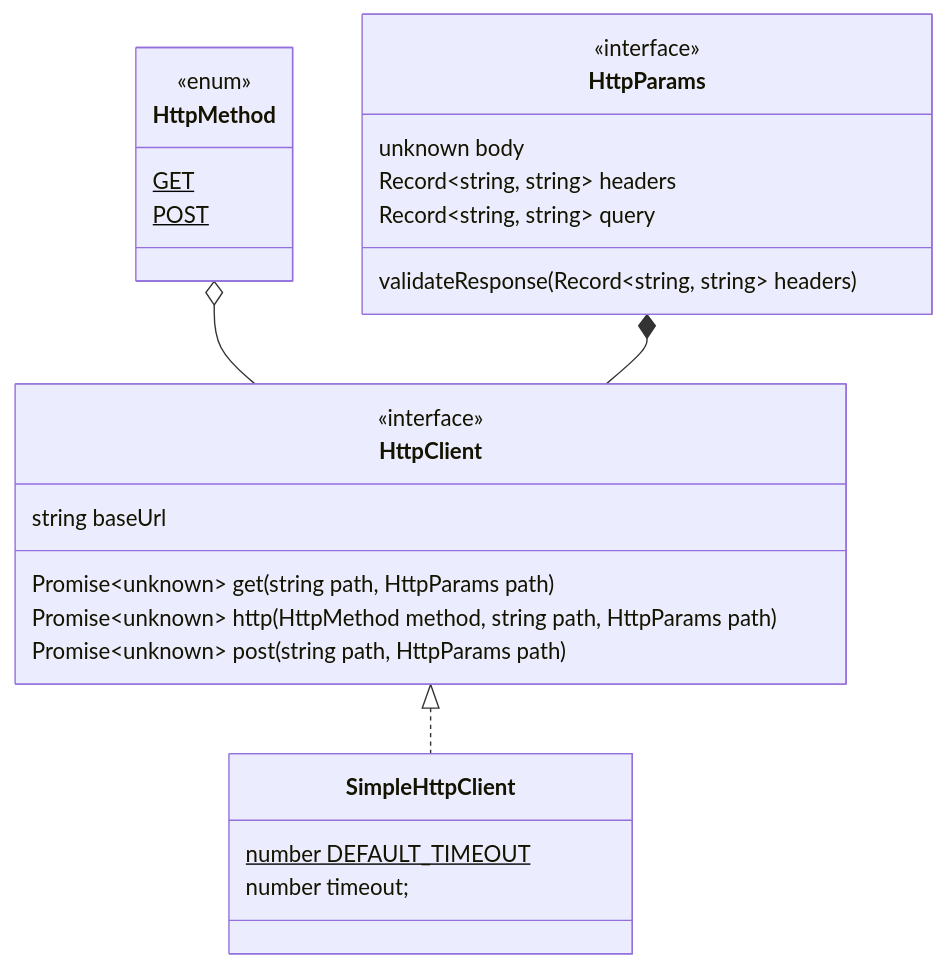
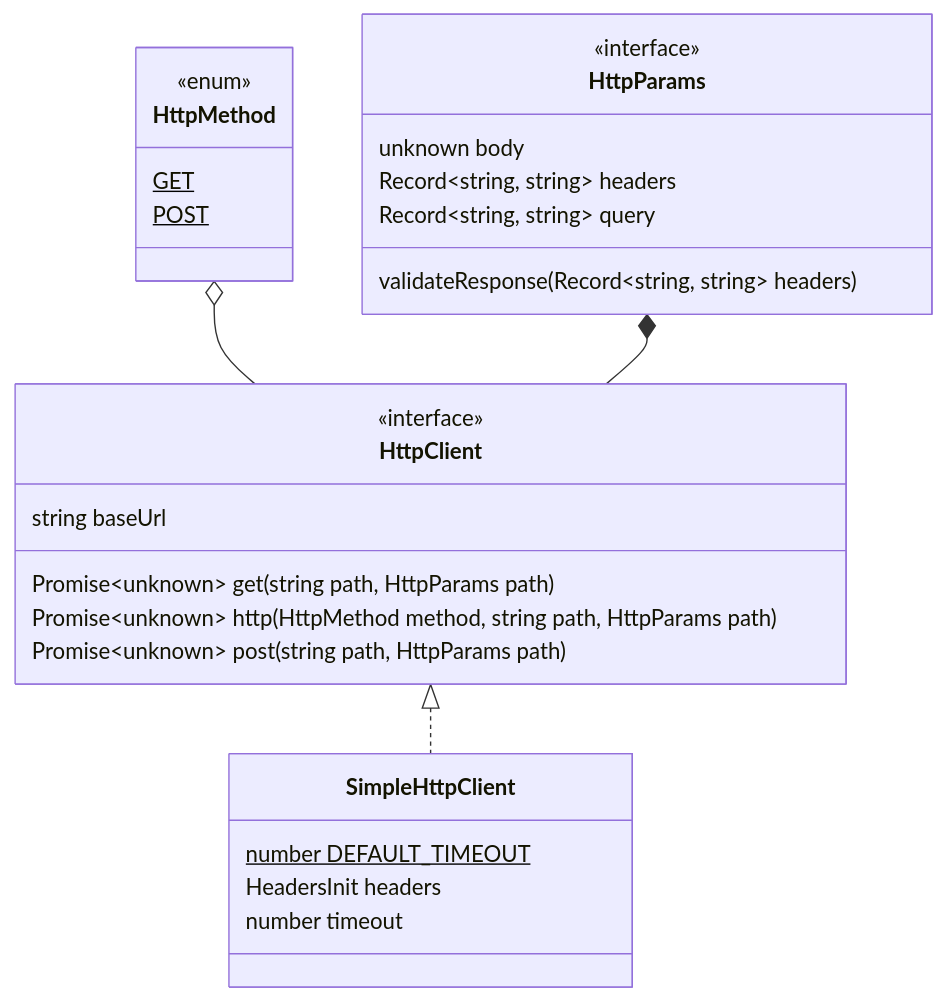
Before and after one commit to vechain/vechain-sdk-js: the diagram in docs/diagrams/architecture/http.md, drawn with Mermaid. The commit also changed 1 other file, not shown here.

Commit message:
fix: 1450 cyclic dependencies in thor-client.md

````diff
--- a/docs/diagrams/architecture/http.md
+++ b/docs/diagrams/architecture/http.md
@@ -1,29 +1,30 @@
 ```mermaid
 classDiagram
-    class SimpleHttpClient {
-        number DEFAULT_TIMEOUT$
-        number timeout;
-    }
     class HttpClient {
         <<interface>>
         string baseUrl
         Promise~unknown~ get(string path, HttpParams path)
         Promise~unknown~ http(HttpMethod method, string path, HttpParams path)
         Promise~unknown~ post(string path, HttpParams path)
     }
     class HttpMethod {
         <<enum>>
         GET$
         POST$
     }
     class HttpParams {
         <<interface>>
         unknown body
         Record~string, string~ headers
         Record~string, string~ query
         validateResponse(Record~string, string~ headers)
     }
+    class SimpleHttpClient {
+        number DEFAULT_TIMEOUT$
+        HeadersInit headers
+        number timeout
+    }
     HttpMethod o-- HttpClient
     HttpParams *-- HttpClient
     HttpClient <|.. SimpleHttpClient
 ```
````
